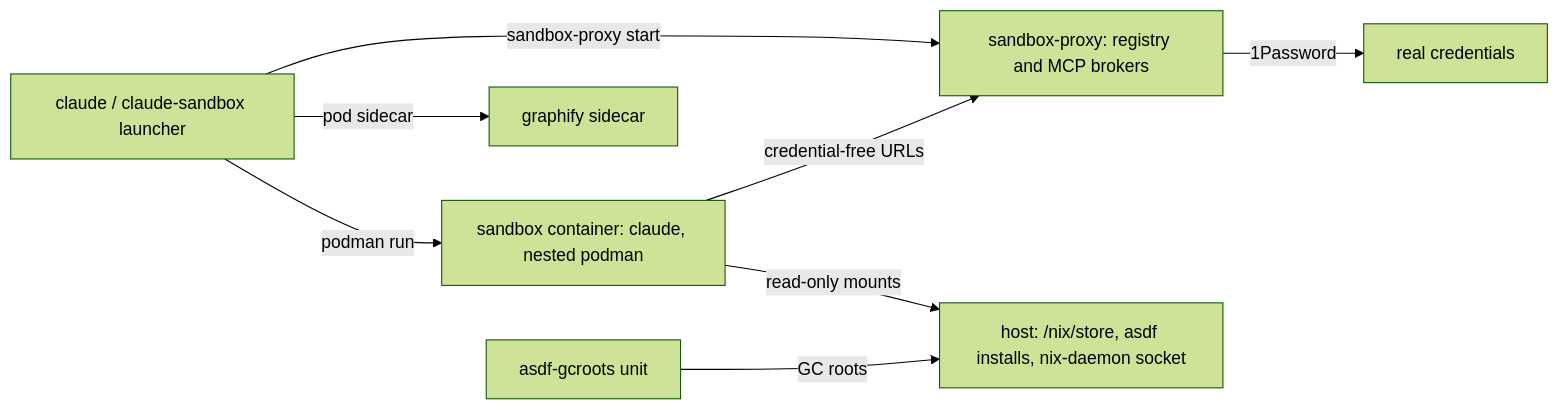
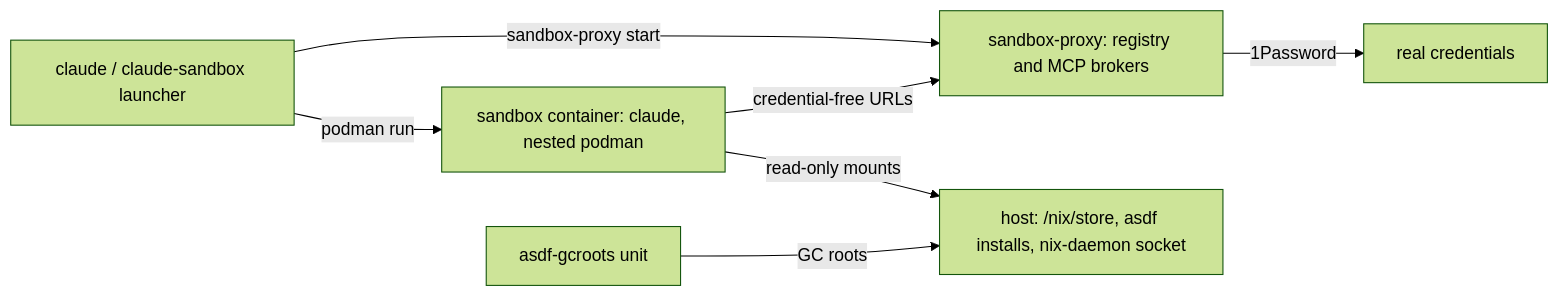
One commit to zero4573/nixos changed the second of 2 diagrams in docs/architecture.md. Above: the diagram before and after it, drawn with Mermaid (forest theme). The commit also changed 23 other files, not shown here.

Commit message:
Removed graphify+fff as they weren't contributing much to helping reduce token usage or speeding up request/responses

````diff
--- a/docs/architecture.md
+++ b/docs/architecture.md
@@ -43,10 +43,9 @@
 ```mermaid
 flowchart LR
     claude["claude / claude-sandbox launcher"] -->|"podman run"| container["sandbox container: claude, nested podman"]
     claude -->|"sandbox-proxy start"| proxy["sandbox-proxy: registry and MCP brokers"]
-    claude -->|"pod sidecar"| graphify["graphify sidecar"]
     container -->|"credential-free URLs"| proxy
     container -->|"read-only mounts"| host["host: /nix/store, asdf installs, nix-daemon socket"]
     proxy -->|"1Password"| secrets["real credentials"]
     asdf["asdf-gcroots unit"] -->|"GC roots"| host
 ```
````
